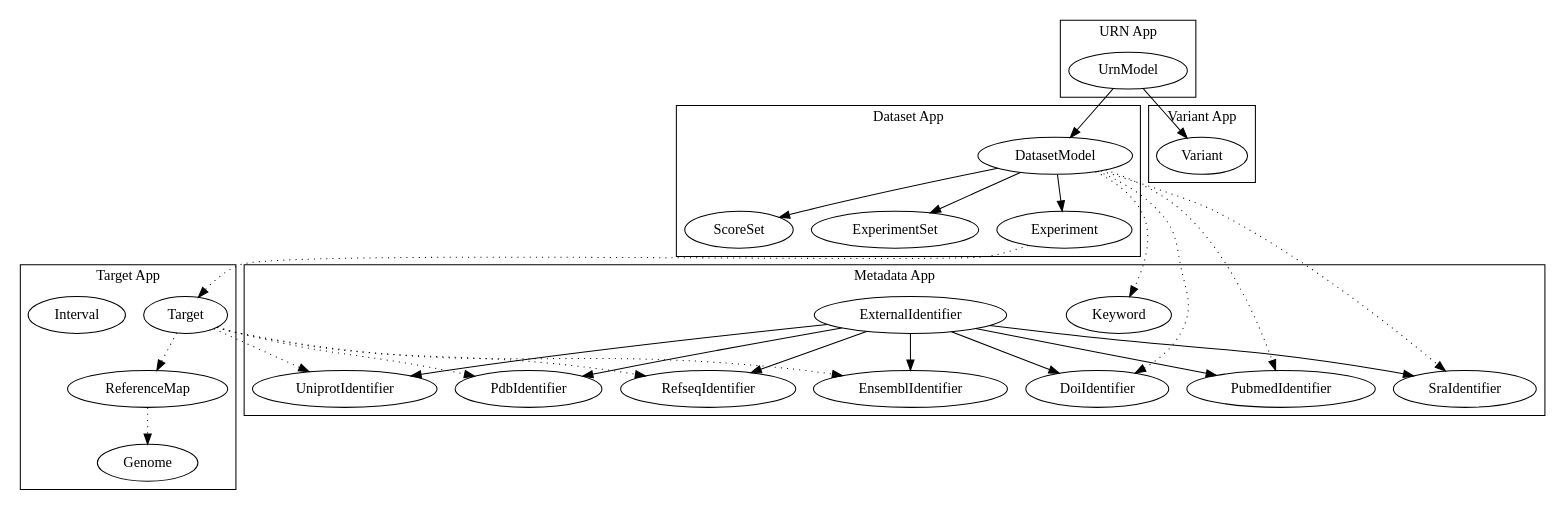
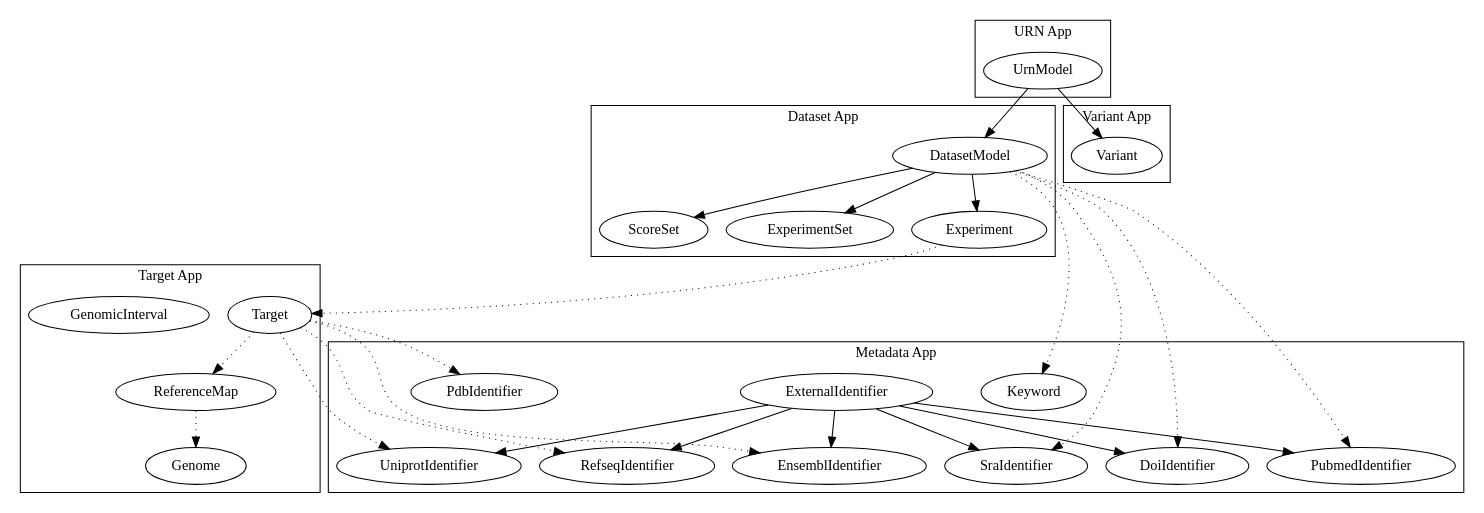
One commit to VariantEffect/MaveDB changed the diagram in class_diagram.gv. Above: the diagram before and after it, drawn with Graphviz. The commit also changed 1 other file, not shown here.

```diff
--- a/class_diagram.gv
+++ b/class_diagram.gv
@@ -1,60 +1,59 @@
 digraph {
     subgraph clusterUrnApp {
         label="URN App";
         UrnModel;
     }
     subgraph clusterDatasetApp {
         label="Dataset App";
         DatasetModel;
         ExperimentSet;
         Experiment;
         ScoreSet;
         DatasetModel -> ExperimentSet;
         DatasetModel -> Experiment;
         DatasetModel -> ScoreSet;
     }
     subgraph clusterVariantApp {
         label="Variant App";
         Variant;
     }
     subgraph clusterMetadataApp {
         label="Metadata App";
         Keyword;
         ExternalIdentifier;
         SraIdentifier;
         DoiIdentifier;
         PubmedIdentifier;
         RefseqIdentifier;
         EnsemblIdentifier;
         UniprotIdentifier;
         PdbIdentifier;
         ExternalIdentifier -> SraIdentifier;
         ExternalIdentifier -> DoiIdentifier;
         ExternalIdentifier -> PubmedIdentifier;
         ExternalIdentifier -> RefseqIdentifier;
         ExternalIdentifier -> EnsemblIdentifier;
         ExternalIdentifier -> UniprotIdentifier;
-        ExternalIdentifier -> PdbIdentifier;
     }
     subgraph clusterTargetApp {
         label="Target App";
         Target;
         ReferenceMap;
-        Interval;
+        GenomicInterval;
         Genome;
         Target -> ReferenceMap [style=dotted];
         ReferenceMap -> Genome [style=dotted];
     }
     UrnModel -> DatasetModel;
     UrnModel -> Variant;
     DatasetModel -> Keyword [style=dotted];
     DatasetModel -> SraIdentifier [style=dotted];
     DatasetModel -> DoiIdentifier [style=dotted];
     DatasetModel -> PubmedIdentifier [style=dotted];
     Target -> RefseqIdentifier [style=dotted];
     Target -> EnsemblIdentifier [style=dotted];
     Target -> UniprotIdentifier [style=dotted];
     Target -> PdbIdentifier [style=dotted];
     Experiment -> Target [style=dotted];
     
 }
```
